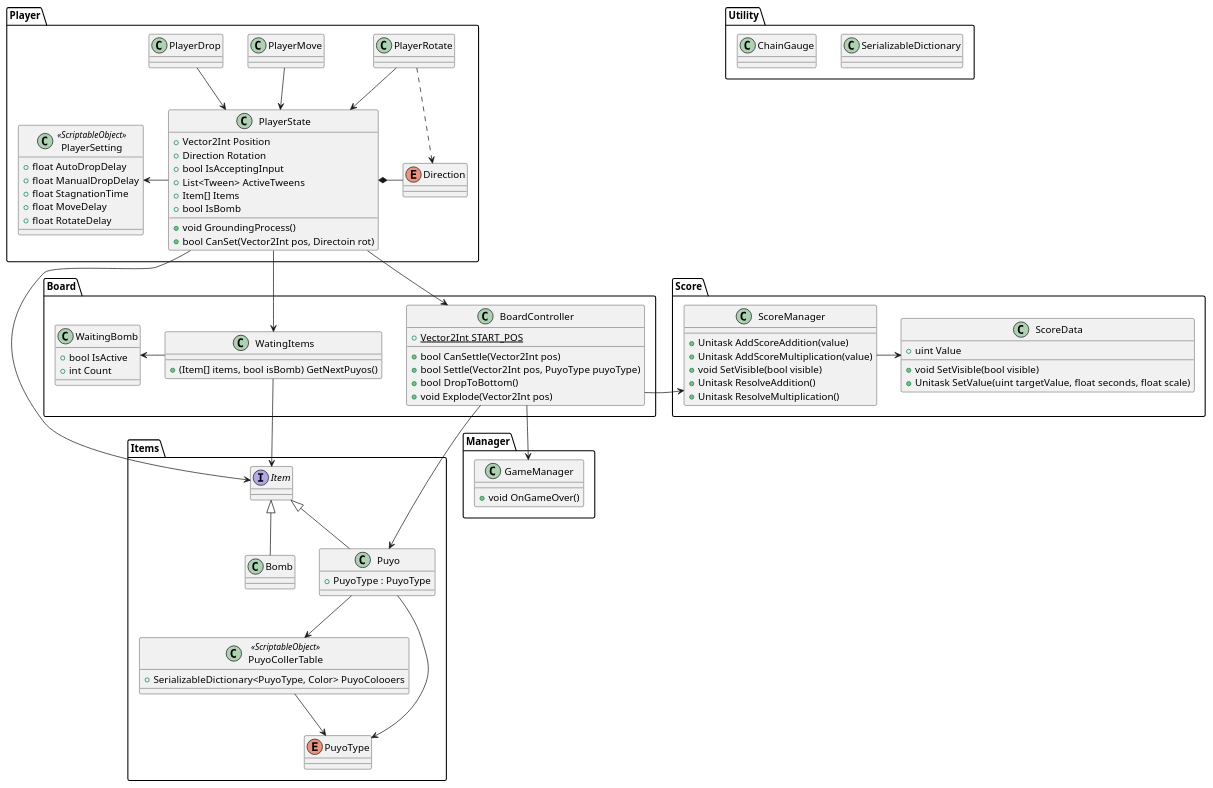
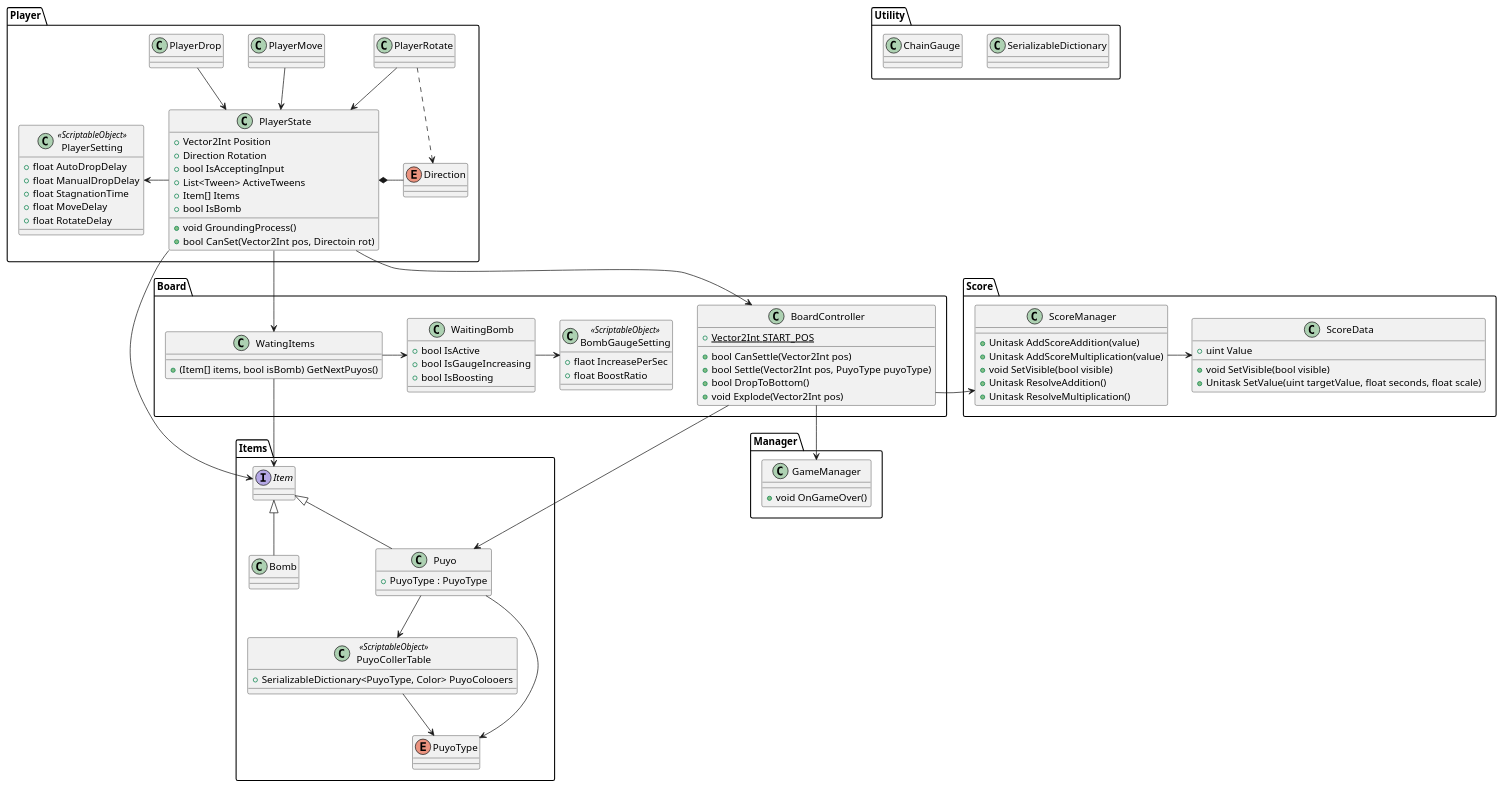
One commit to snnn30/UniteBlocks changed the diagram in puyopuyo.pu. Above: the diagram before and after it, drawn with PlantUML. The commit also changed 3 other files, not shown here.

Commit message:
クラス図更新

```diff
--- a/puyopuyo.pu
+++ b/puyopuyo.pu
@@ -1,114 +1,120 @@
 @startuml hoge
 
 namespace Player{
     class PlayerRotate
     class PlayerMove
     class PlayerDrop
     class PlayerState{
         +Vector2Int Position
         +Direction Rotation    
         +bool IsAcceptingInput
         +List<Tween> ActiveTweens
         +Item[] Items
         +bool IsBomb
         +void GroundingProcess()
         +bool CanSet(Vector2Int pos, Directoin rot)
     }
     enum Direction
     class PlayerSetting <<ScriptableObject>>{
         +float AutoDropDelay
         +float ManualDropDelay
         +float StagnationTime
         +float MoveDelay
         +float RotateDelay
     }
 
     PlayerDrop --> PlayerState
     PlayerRotate --> PlayerState
     PlayerMove --> PlayerState
     PlayerRotate ..> Direction
     PlayerState *- Direction
     PlayerSetting <- PlayerState
 }
 
 namespace Items{
     interface Item
     class Bomb
     class Puyo{
         +PuyoType : PuyoType
     }
     class PuyoCollerTable <<ScriptableObject>>{
         +SerializableDictionary<PuyoType, Color> PuyoColooers
     }
     enum PuyoType
 
     Item <|-- Puyo
     Item <|-- Bomb
     Puyo --> PuyoCollerTable
     Puyo --> PuyoType
     PuyoCollerTable --> PuyoType
 }
 
 namespace Utility{
     class SerializableDictionary
     class ChainGauge
 }
 
 namespace Manager{
     class GameManager{
         +void OnGameOver()
     }
 }
 
 
 namespace Board{
     class WaitingBomb{
         +bool IsActive
-        +int Count
+        +bool IsGaugeIncreasing
+        +bool IsBoosting
     }
 
     class WatingItems{
         +(Item[] items, bool isBomb) GetNextPuyos()
     }
 
     class BoardController{
         {static} +Vector2Int START_POS
         +bool CanSettle(Vector2Int pos) 
         +bool Settle(Vector2Int pos, PuyoType puyoType)
         +bool DropToBottom()
         +void Explode(Vector2Int pos)
     }
+    class BombGaugeSetting<<ScriptableObject>>{
+        +flaot IncreasePerSec
+        +float BoostRatio
+    }
 
-    WaitingBomb <- WatingItems 
+    WaitingBomb <- WatingItems
+    WaitingBomb -> BombGaugeSetting
 }
 
 namespace Score{
     class ScoreData{
         +uint Value
         +void SetVisible(bool visible)
         +Unitask SetValue(uint targetValue, float seconds, float scale)
     }
     class ScoreManager{
         +Unitask AddScoreAddition(value)
         +Unitask AddScoreMultiplication(value)
         +void SetVisible(bool visible)
         +Unitask ResolveAddition()
         +Unitask ResolveMultiplication()
     }
 
     ScoreManager -> ScoreData
 }
 
 
 
 
 PlayerState --> Item
 PlayerState --> BoardController
 PlayerState --> WatingItems
 
 WatingItems --> Item
 BoardController --> Puyo
 BoardController --> GameManager
 BoardController -> ScoreManager
 
 @enduml
```
